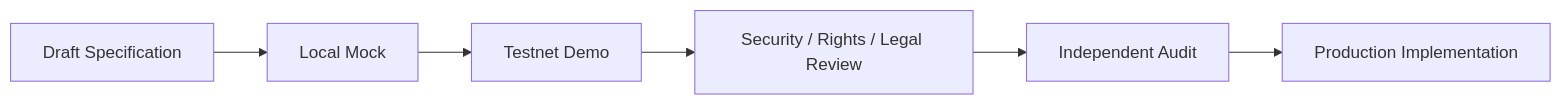
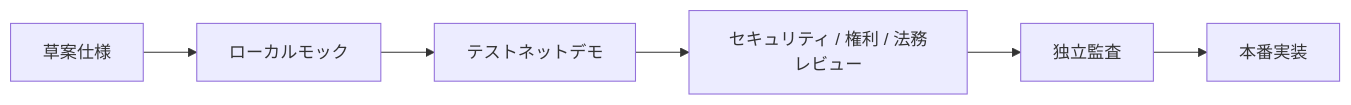
The diagram in docs/demo/index.md (ShigeichiroYamasaki/creator-first-platform), drawn with Mermaid before and after one commit. The commit also changed other lines of this file and 72 other files, not shown here.

````diff
--- a/docs/demo/index.md
+++ b/docs/demo/index.md
@@ -16,11 +16,11 @@
 ```mermaid
 flowchart LR
-    SPEC[Draft Specification]
-    MOCK[Local Mock]
-    DEMO[Testnet Demo]
-    REVIEW[Security / Rights / Legal Review]
-    AUDIT[Independent Audit]
-    PROD[Production Implementation]
+    SPEC[草案仕様]
+    MOCK[ローカルモック]
+    DEMO[テストネットデモ]
+    REVIEW[セキュリティ / 権利 / 法務レビュー]
+    AUDIT[独立監査]
+    PROD[本番実装]
 
     SPEC --> MOCK --> DEMO --> REVIEW --> AUDIT --> PROD
 ```
````
